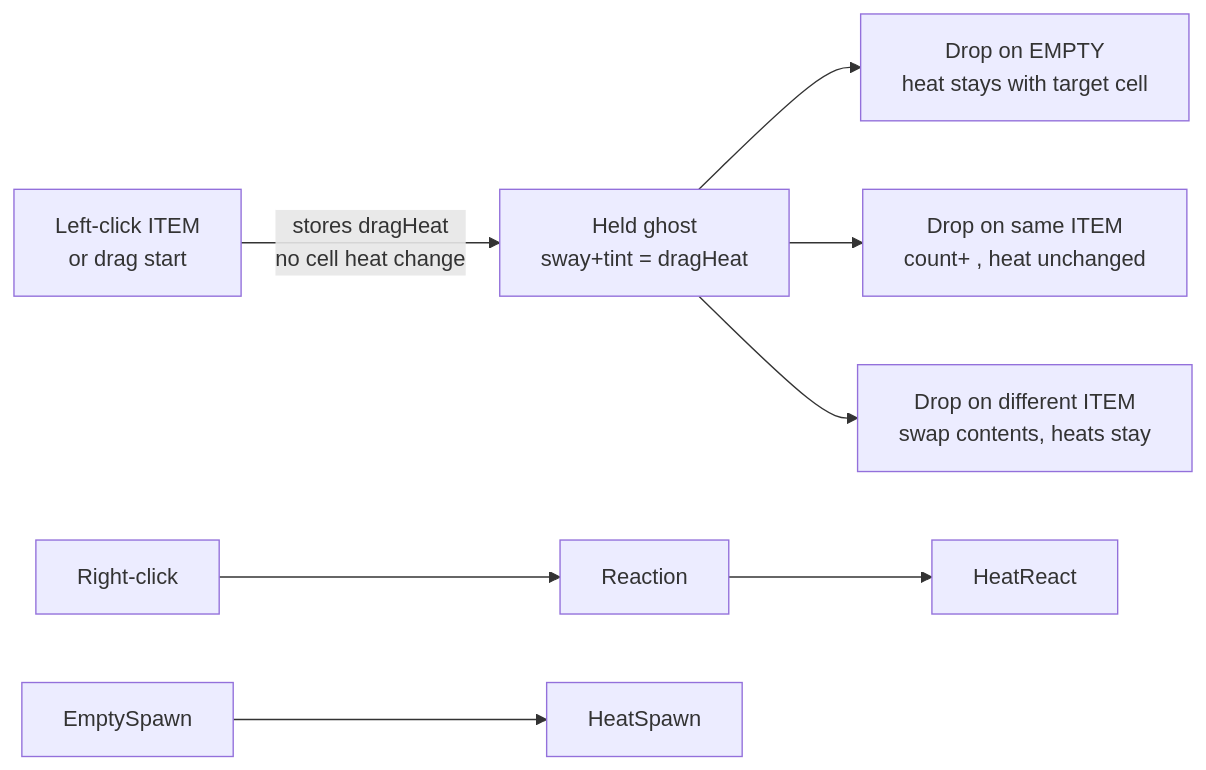
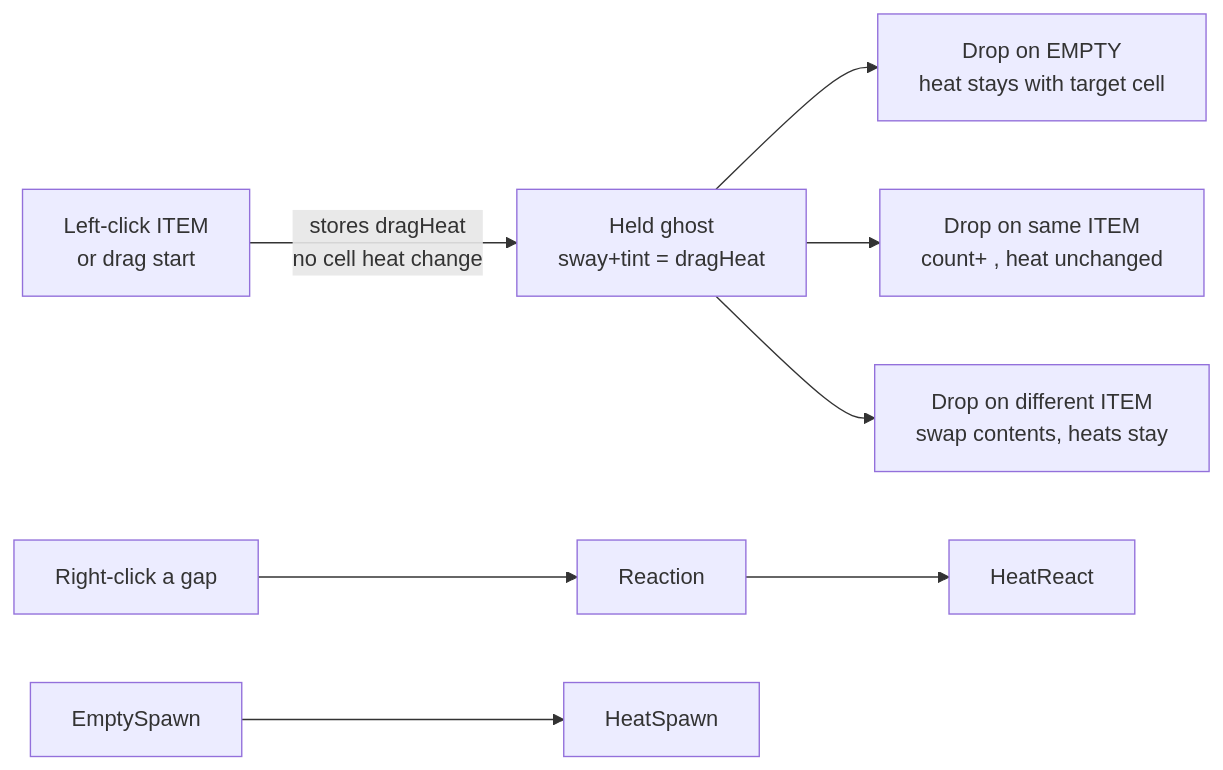
The seventh of 7 diagrams in docs/heat.md (robspsj/fractory-game), drawn with Mermaid before and after one commit. The commit also changed 24 other files, not shown here.

````diff
--- a/docs/heat.md
+++ b/docs/heat.md
@@ -174,10 +174,10 @@
 ```mermaid
 graph LR
     PickUp[Left-click ITEM<br/>or drag start] -->|stores dragHeat<br/>no cell heat change| Drag[Held ghost<br/>sway+tint = dragHeat]
     Drag --> DropEmpty[Drop on EMPTY<br/>heat stays with target cell]
     Drag --> DropMerge[Drop on same ITEM<br/>count+ , heat unchanged]
     Drag --> DropSwap[Drop on different ITEM<br/>swap contents, heats stay]
-    Interact[Right-click] --> Reaction
+    Interact[Right-click a gap] --> Reaction
     Reaction --> HeatReact
     EmptySpawn --> HeatSpawn
 ```
````
